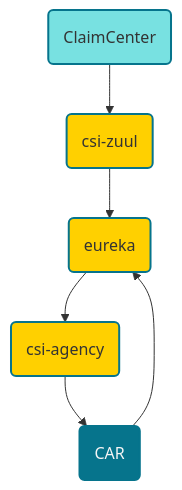
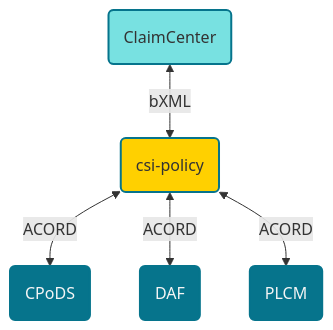
Before and after one commit to diwagers/pg-test-repo: the first of 2 diagrams in README.md, drawn with Mermaid. The commit also changed other lines of this file, not shown here.

````diff
--- a/README.md
+++ b/README.md
@@ -3,18 +6,19 @@
 ```mermaid
-graph TD
-    idClaimCenter(ClaimCenter) -->
-    idZuul(csi-zuul) -->
-    idEureka(eureka) -->
-    idAgency(csi-agency) -->
-    idCar(CAR) --> idEureka
+flowchart TD
+    idClaimCenter(ClaimCenter) <--> | bXML | idPolicy(csi-policy)
+    idPolicy(csi-policy) <--> | ACORD | idCpods(CPoDS)
+    idPolicy(csi-policy) <--> | ACORD | idDaf(DAF)
+    idPolicy(csi-policy) <--> | ACORD | idPlcm(PLCM)
 
 class idClaimCenter teal;
-class idCar darkteal;
 class idCia teal;
+class idCpods darkteal;
+class idDaf darkteal;
+class idPlcm darkteal;
 
 classDef default fill:#ffd000, stroke:#06748c, stroke-width:2px;
 classDef blue fill:#1a1446, stroke:#06748c, stroke-width:2px;
 classDef teal fill:#78e1e1, stroke:#06748c, stroke-width:2px;
 classDef darkteal fill:#06748c, stroke:#06748c, stroke-width:2px, color:#f5f5f5;
 classDef gray fill:#f5f5f5, stroke:#06748c, stroke-width:2px;
 ```
````
